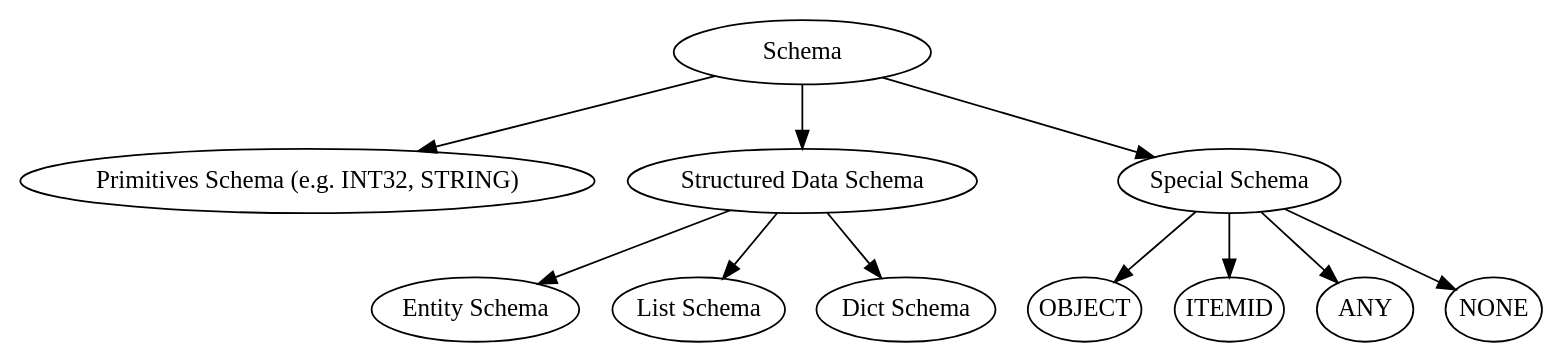
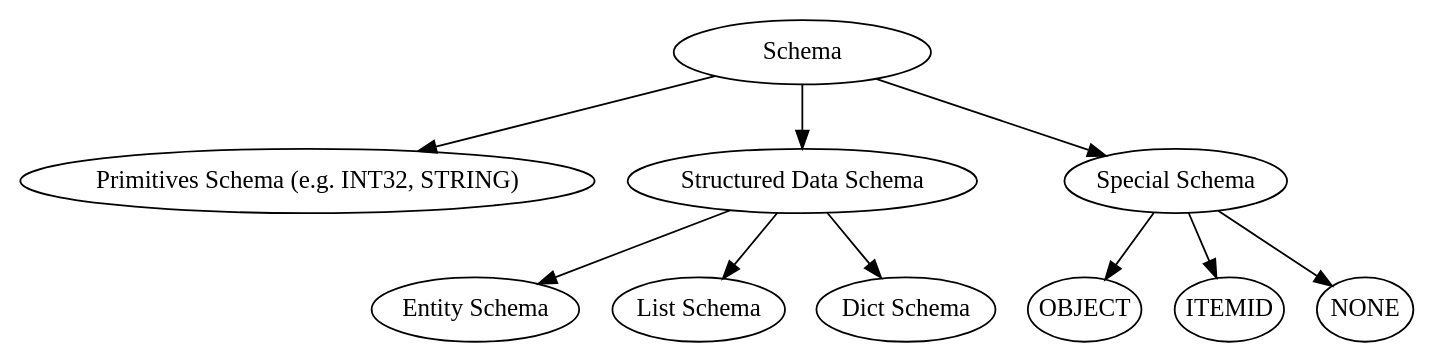
The second of 2 diagrams in docs/common_pitfalls.md (google/koladata), drawn with Graphviz before and after one commit. The commit also changed other lines of this file and 60 other files, not shown here.

````diff
--- a/docs/common_pitfalls.md
+++ b/docs/common_pitfalls.md
@@ -546,17 +546,16 @@
 ```dot
 digraph {
   node [fontsize=14, margin=0]
   Schema [width=2]
 
   Schema -> "Primitives Schema (e.g. INT32, STRING)"
   Schema -> "Structured Data Schema"
   Schema -> "Special Schema"
   "Structured Data Schema" -> "Entity Schema"
   "Structured Data Schema" -> "List Schema"
   "Structured Data Schema" -> "Dict Schema"
   "Special Schema" -> OBJECT
   "Special Schema" -> ITEMID
-  "Special Schema" -> ANY
   "Special Schema" -> NONE
 }
 ```
````
